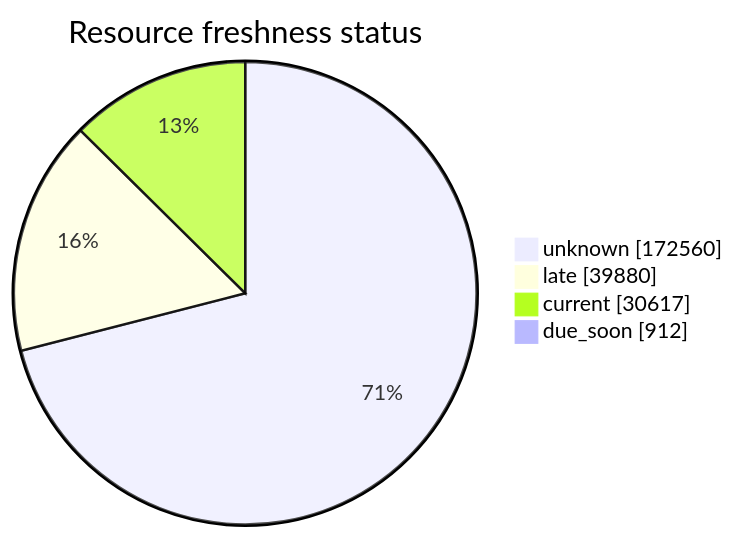
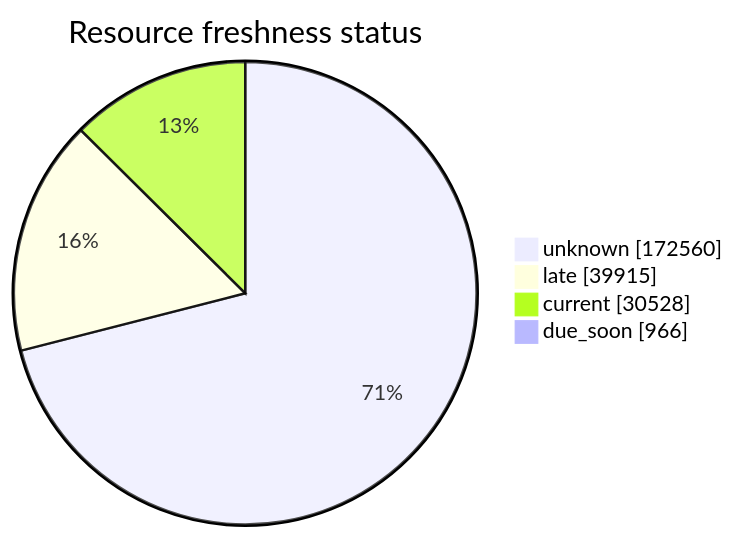
One commit to open-data/analytics-corporate-reporting changed the third of 5 diagrams in FreshCheck/README.md. Above: the diagram before and after it, drawn with Mermaid. The commit also changed other lines of this file and 3 other files, not shown here.

````diff
--- a/FreshCheck/README.md
+++ b/FreshCheck/README.md
@@ -78,7 +78,7 @@
 ```mermaid
 pie showData title Resource freshness status
     "unknown": 172560
-    "late": 39880
-    "current": 30617
-    "due_soon": 912
+    "late": 39915
+    "current": 30528
+    "due_soon": 966
 ```
````
